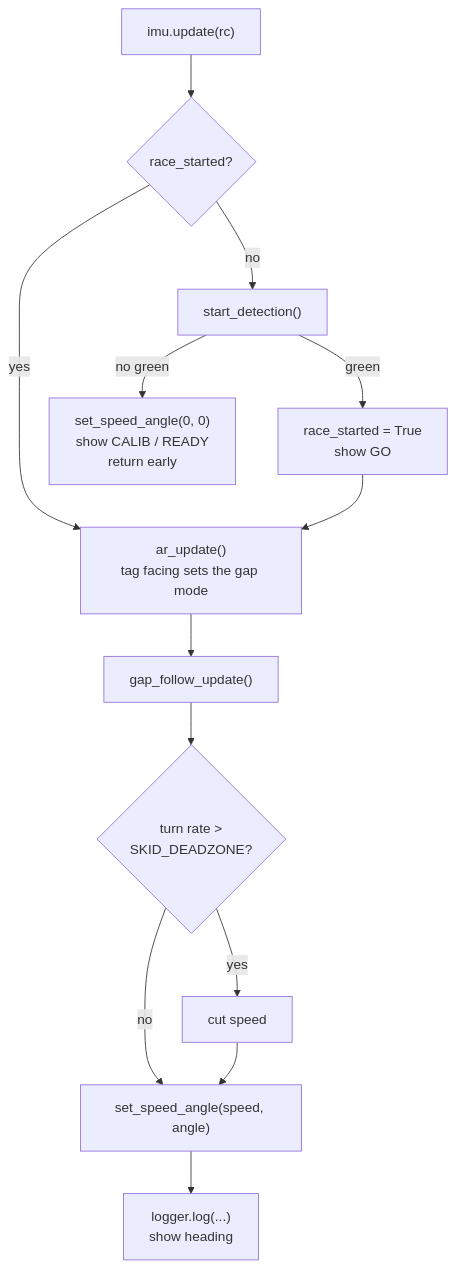
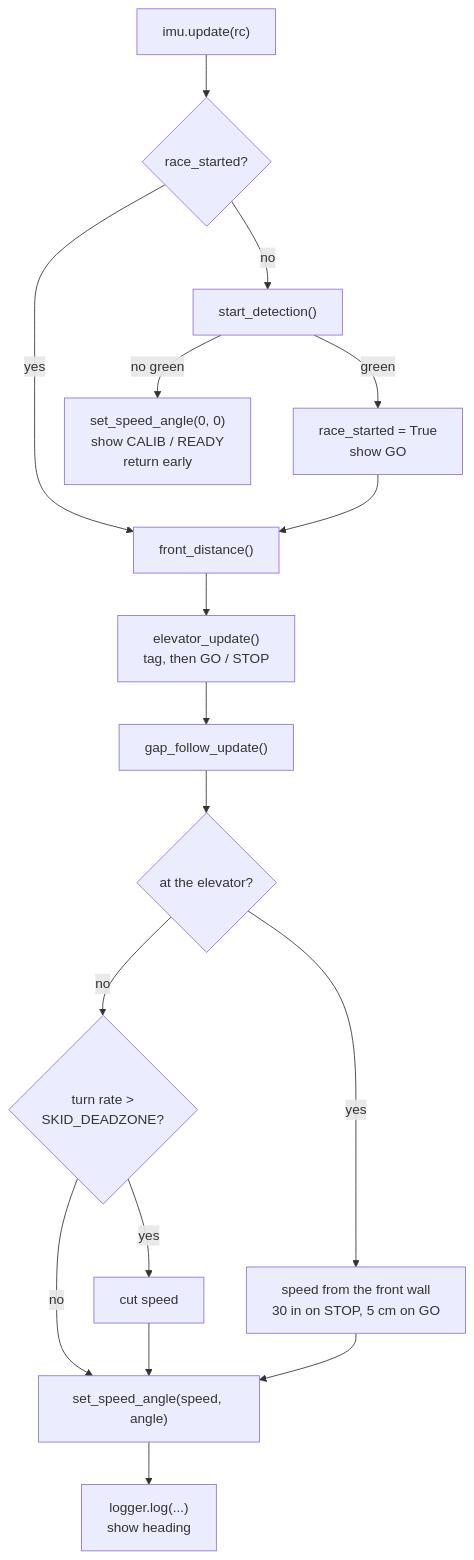
The second of 2 diagrams in README.md (paul-sopin/team4-bwsiracecar-grandprix), drawn with Mermaid before and after one commit. The commit also changed other lines of this file and 8 other files, not shown here.

````diff
--- a/README.md
+++ b/README.md
@@ -77,15 +83,19 @@
 ```mermaid
 flowchart TD
 I["imu.update(rc)"] --> R{"race_started?"}
 R -->|no| S["start_detection()"]
 S -->|green| Y["race_started = True<br/>show GO"]
 S -->|no green| H["set_speed_angle(0, 0)<br/>show CALIB / READY<br/>return early"]
-R -->|yes| A["ar_update()<br/>tag facing sets the gap mode"]
-Y --> A
+R -->|yes| F["front_distance()"]
+Y --> F
+F --> A["elevator_update()<br/>tag, then GO / STOP"]
 A --> G["gap_follow_update()"]
-G --> K{"turn rate ><br/>SKID_DEADZONE?"}
+G --> E{"at the elevator?"}
+E -->|no| K{"turn rate ><br/>SKID_DEADZONE?"}
 K -->|yes| B["cut speed"]
 K -->|no| V["set_speed_angle(speed, angle)"]
 B --> V
+E -->|yes| W["speed from the front wall<br/>30 in on STOP, 5 cm on GO"]
+W --> V
 V --> L["logger.log(...)<br/>show heading"]
 ```
````
